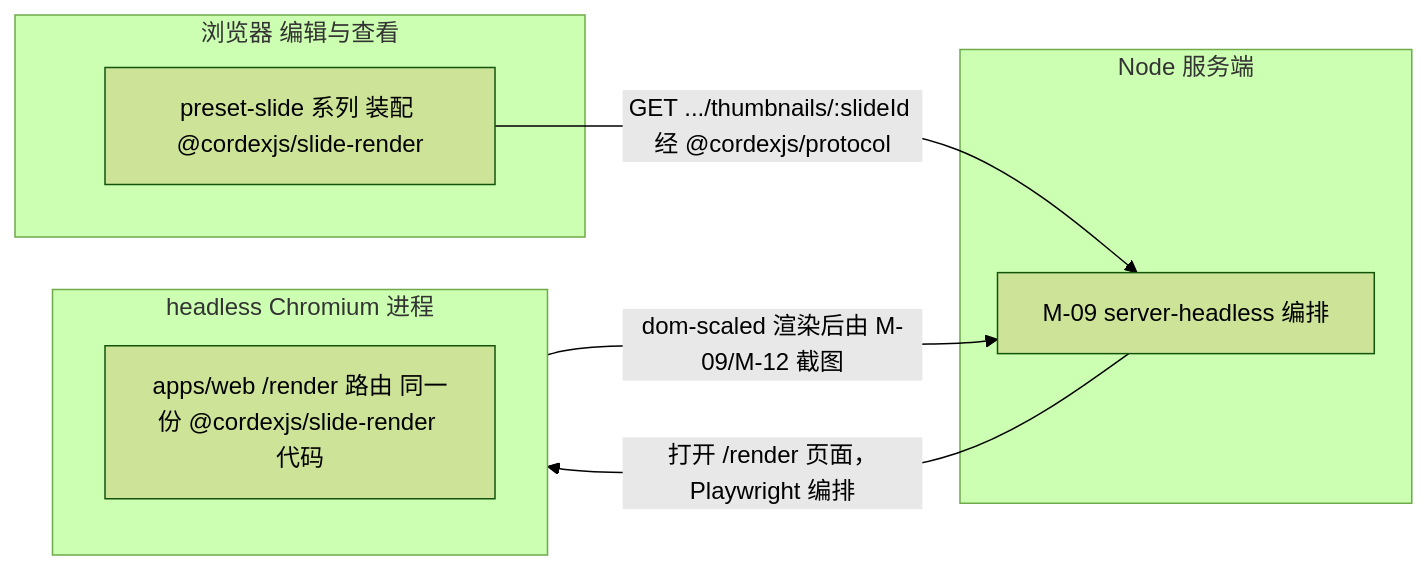
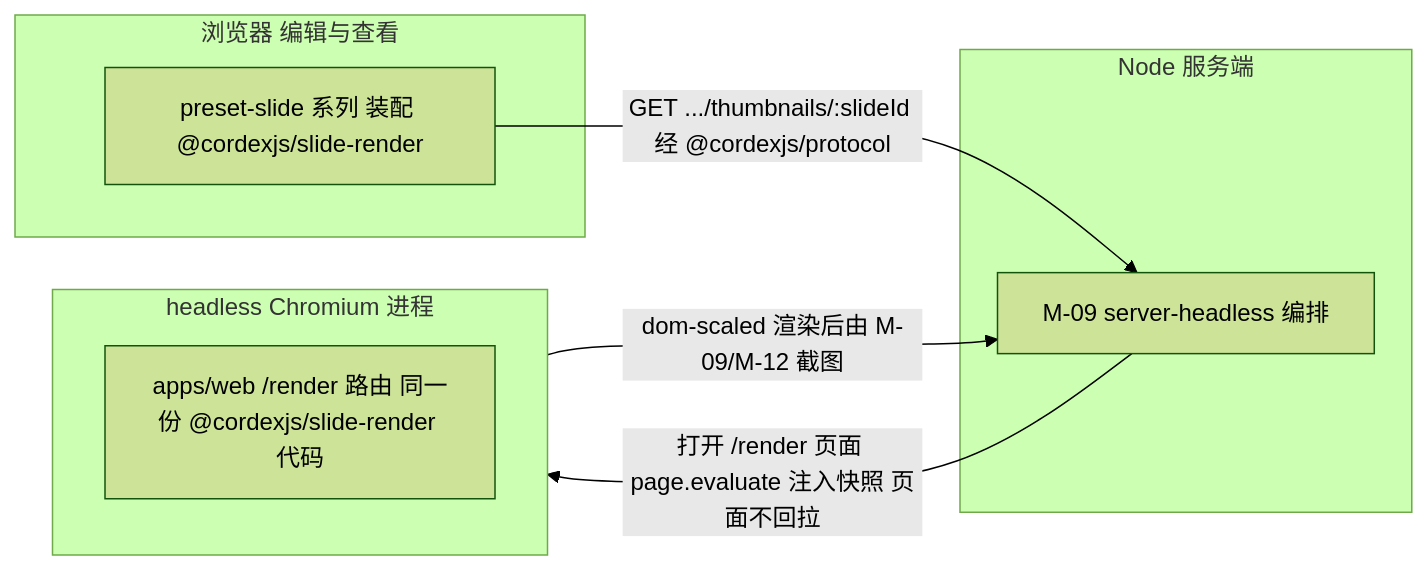
The ninth of 10 diagrams in docs/40-modules/07-slide-rendering.md (Xeonice/cordis-ppt-editor), drawn with Mermaid (forest theme) before and after one commit. The commit also changed other lines of this file and 22 other files, not shown here.

First line of the commit message:
docs(modules): 新增架构图集 18/19，补图并按 §4.18 回写模块设计线

````diff
--- a/docs/40-modules/07-slide-rendering.md
+++ b/docs/40-modules/07-slide-rendering.md
@@ -651,15 +831,15 @@
 ```mermaid
 flowchart LR
 subgraph browser["浏览器 编辑与查看"]
   presetSlide["preset-slide 系列 装配 @cordexjs/slide-render"]
 end
 subgraph node["Node 服务端"]
   headlessHost["M-09 server-headless 编排"]
 end
 subgraph chromium["headless Chromium 进程"]
   renderRoute["apps/web /render 路由 同一份 @cordexjs/slide-render 代码"]
 end
 presetSlide -- "GET .../thumbnails/:slideId 经 @cordexjs/protocol" --> headlessHost
-headlessHost -- "打开 /render 页面，Playwright 编排" --> chromium
+headlessHost -- "打开 /render 页面 page.evaluate 注入快照 页面不回拉" --> chromium
 chromium -- "dom-scaled 渲染后由 M-09/M-12 截图" --> headlessHost
 ```
````
